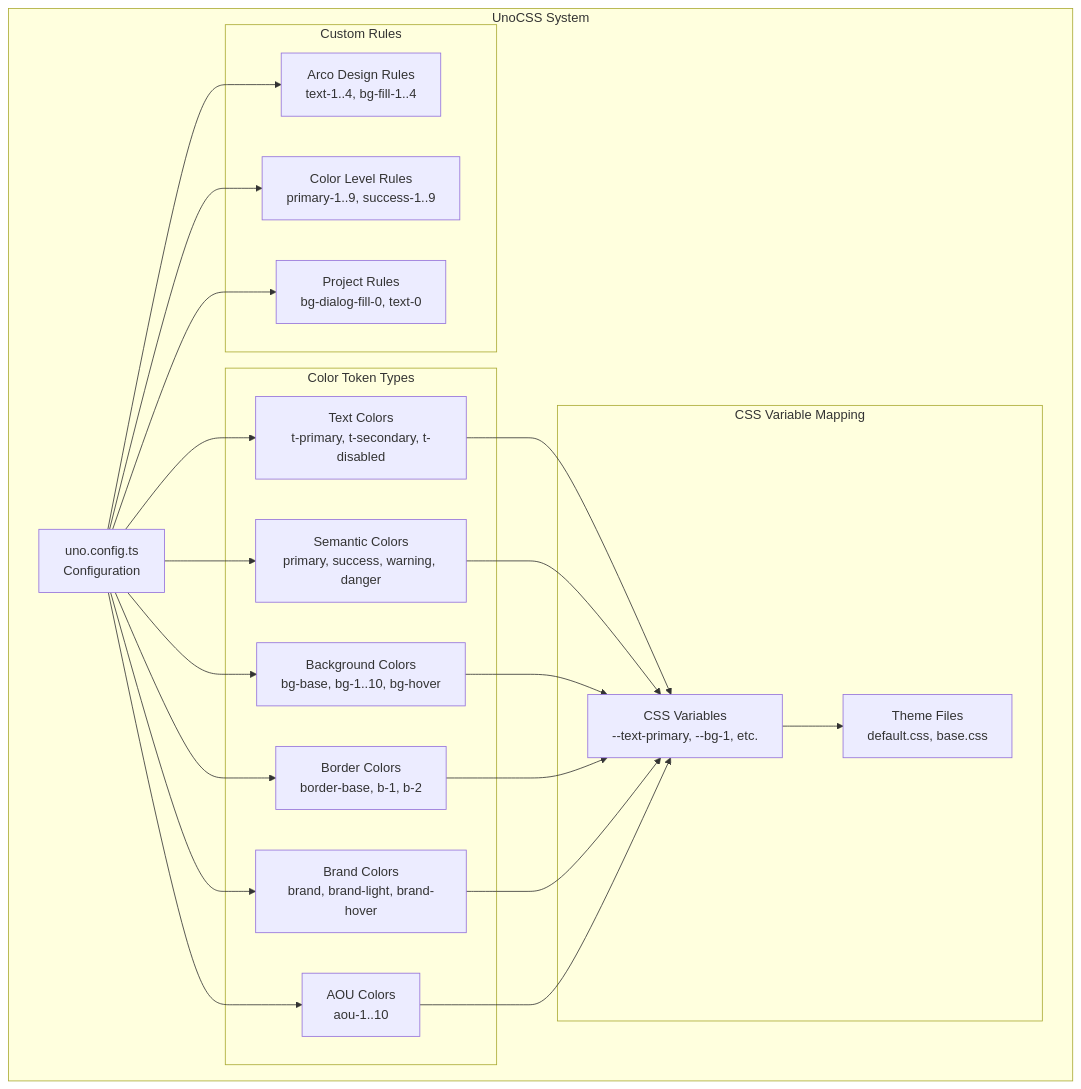
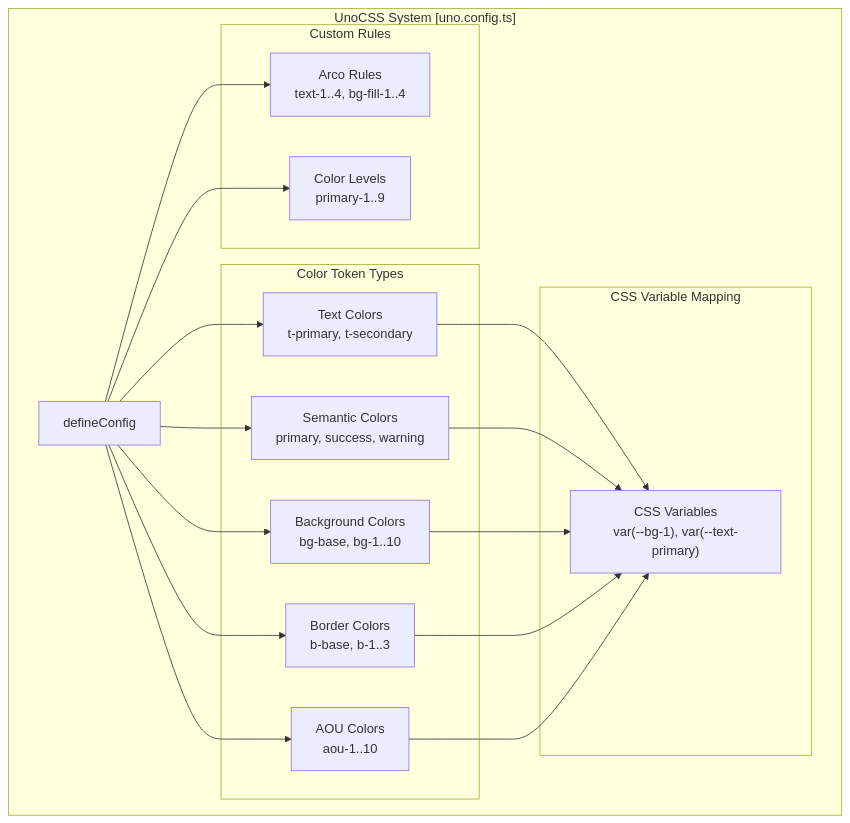
Before and after one commit to blackcater/zentree: the first of 2 diagrams in docs/iOfficeAI_AionUi/user-interface/styling-and-theming.md, drawn with Mermaid. The commit also changed other lines of this file and 232 other files, not shown here.

````diff
--- a/docs/iOfficeAI_AionUi/user-interface/styling-and-theming.md
+++ b/docs/iOfficeAI_AionUi/user-interface/styling-and-theming.md
@@ -58,46 +48,38 @@
 ```mermaid
 graph TB
-    subgraph "UnoCSS System"
-        UnoConfig["uno.config.ts<br/>Configuration"]
-
+    subgraph "UnoCSS System [uno.config.ts]"
+        UnoConfig["defineConfig"]
+        
         subgraph "Color Token Types"
-            TextColors["Text Colors<br/>t-primary, t-secondary, t-disabled"]
-            SemanticColors["Semantic Colors<br/>primary, success, warning, danger"]
-            BgColors["Background Colors<br/>bg-base, bg-1..10, bg-hover"]
-            BorderColors["Border Colors<br/>border-base, b-1, b-2"]
-            BrandColors["Brand Colors<br/>brand, brand-light, brand-hover"]
+            TextColors["Text Colors<br/>t-primary, t-secondary"]
+            SemanticColors["Semantic Colors<br/>primary, success, warning"]
+            BgColors["Background Colors<br/>bg-base, bg-1..10"]
+            BorderColors["Border Colors<br/>b-base, b-1..3"]
             AouColors["AOU Colors<br/>aou-1..10"]
         end
-
+        
         subgraph "CSS Variable Mapping"
-            CSSVars["CSS Variables<br/>--text-primary, --bg-1, etc."]
-            ThemeFiles["Theme Files<br/>default.css, base.css"]
+            CSSVars["CSS Variables<br/>var(--bg-1), var(--text-primary)"]
         end
-
+        
         subgraph "Custom Rules"
-            ArcoRules["Arco Design Rules<br/>text-1..4, bg-fill-1..4"]
-            ColorLevels["Color Level Rules<br/>primary-1..9, success-1..9"]
-            CustomRules["Project Rules<br/>bg-dialog-fill-0, text-0"]
+            ArcoRules["Arco Rules<br/>text-1..4, bg-fill-1..4"]
+            ColorLevels["Color Levels<br/>primary-1..9"]
         end
     end
-
+    
     UnoConfig --> TextColors
     UnoConfig --> SemanticColors
     UnoConfig --> BgColors
     UnoConfig --> BorderColors
-    UnoConfig --> BrandColors
     UnoConfig --> AouColors
-
+    
     TextColors --> CSSVars
     SemanticColors --> CSSVars
     BgColors --> CSSVars
     BorderColors --> CSSVars
-    BrandColors --> CSSVars
     AouColors --> CSSVars
-
-    CSSVars --> ThemeFiles
-
+    
     UnoConfig --> ArcoRules
     UnoConfig --> ColorLevels
-    UnoConfig --> CustomRules
 ```
````
